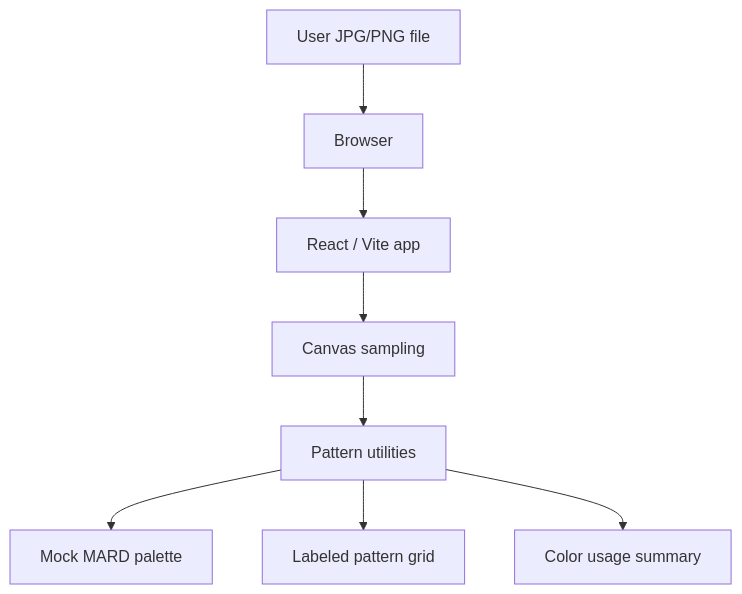
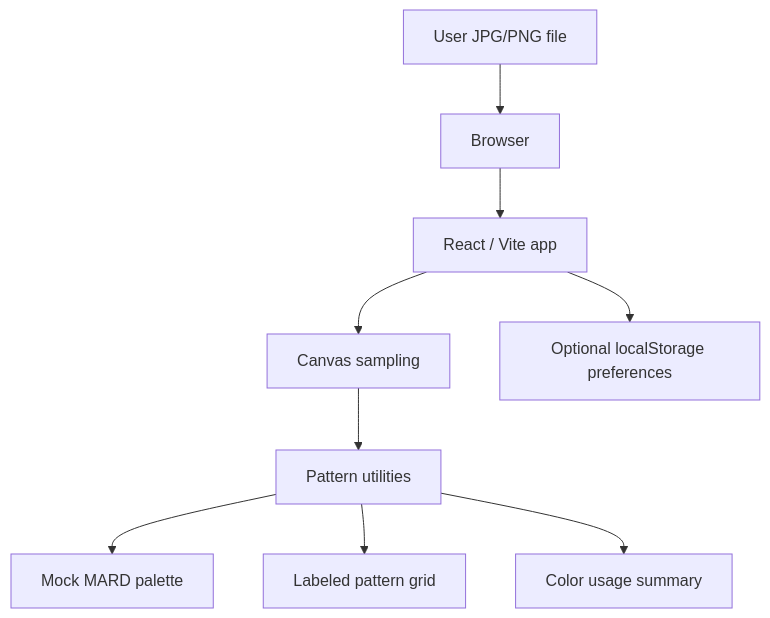
Before and after one commit to vendettar/fundbeads: the diagram in docs/architecture.md, drawn with Mermaid. The commit also changed other lines of this file and 9 other files, not shown here.

````diff
--- a/docs/architecture.md
+++ b/docs/architecture.md
@@ -7,10 +7,11 @@
 ```mermaid
 graph TD
     UserFile["User JPG/PNG file"] --> Browser["Browser"]
     Browser --> ReactApp["React / Vite app"]
     ReactApp --> Canvas["Canvas sampling"]
     Canvas --> PatternLogic["Pattern utilities"]
     PatternLogic --> Palette["Mock MARD palette"]
     PatternLogic --> Grid["Labeled pattern grid"]
     PatternLogic --> Summary["Color usage summary"]
+    ReactApp --> Preferences["Optional localStorage preferences"]
 ```
````
